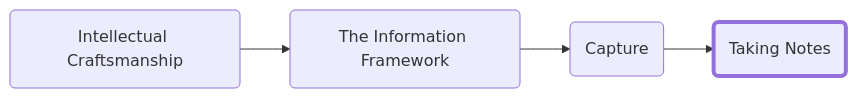
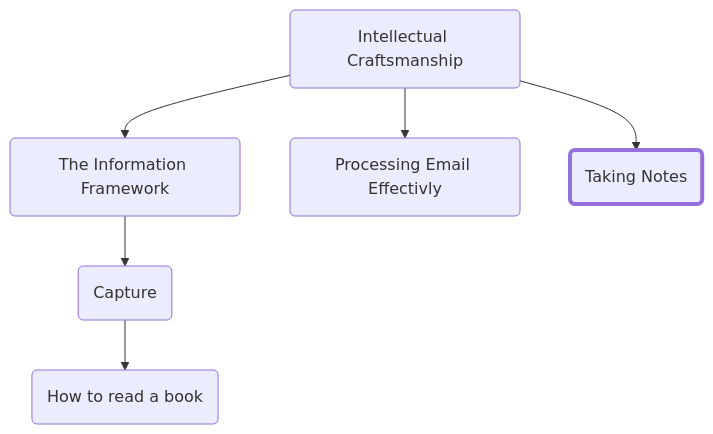
The diagram in _posts/2023-01-05-notetaking.md (forrestpitz/forrestpitz.github.io), drawn with Mermaid before and after one commit. The commit also changed other lines of this file and 20 other files, not shown here.

````diff
--- a/_posts/2023-01-05-notetaking.md
+++ b/_posts/2023-01-05-notetaking.md
@@ -11,10 +58,16 @@
 ```mermaid
-graph LR;
-  A(Intellectual Craftsmanship)-->B(The Information Framework)-->C(Capture)-->D(Taking Notes)
+graph TD;
+  A(Intellectual Craftsmanship)-->B(The Information Framework)
+  B-->C(Capture)
+  C-->D(How to read a book)
+  A-->E(Processing Email Effectivly)
+  A-->F(Taking Notes)
 
-  style D stroke-width:4px
+  style F stroke-width:4px
 
   click A "{% post_url 2023-01-05-intro %}"
   click B "{% post_url 2023-01-05-info-framework %}"
   click C "{% post_url 2023-01-05-capture %}"
+  click D "{% post_url 2023-01-05-readabook %}"
+  click E "{% post_url 2023-01-05-email %}"
 ```
````
